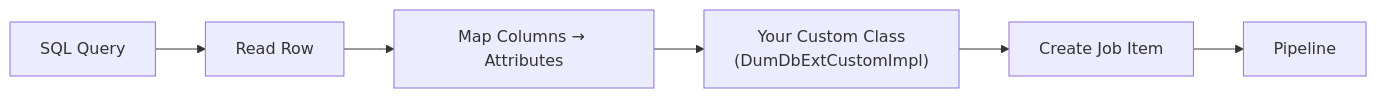
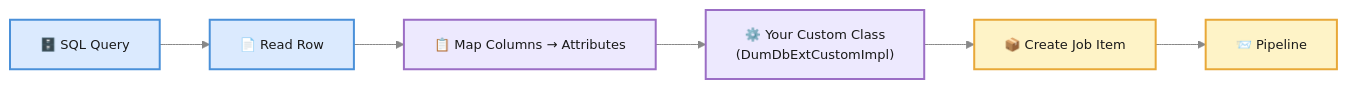
One commit to openviglet/docs changed the diagram in docs-dumont/extending-database.md. Above: the diagram before and after it, drawn with Mermaid. The commit also changed 49 other files, not shown here.

First line of the commit message:
Standardize Mermaid diagrams and conventions

````diff
--- a/docs-dumont/extending-database.md
+++ b/docs-dumont/extending-database.md
@@ -54,8 +54,17 @@
 ```mermaid
+%%{init: {'theme': 'base', 'themeVariables': {'fontSize': '13px', 'primaryColor': '#fff', 'primaryBorderColor': '#c0c0c0', 'lineColor': '#888', 'textColor': '#333'}}}%%
 graph LR
-    SQL["SQL Query"] --> ROW["Read Row"]
-    ROW --> MAP["Map Columns → Attributes"]
-    MAP --> CUSTOM["Your Custom Class\n(DumDbExtCustomImpl)"]
-    CUSTOM --> ITEM["Create Job Item"]
-    ITEM --> PIPE["Pipeline"]
+    SQL["🗄️ SQL Query"] --> ROW["📄 Read Row"]
+    ROW --> MAP["📋 Map Columns → Attributes"]
+    MAP --> CUSTOM["⚙️ Your Custom Class\n(DumDbExtCustomImpl)"]
+    CUSTOM --> ITEM["📦 Create Job Item"]
+    ITEM --> PIPE["📨 Pipeline"]
+
+    classDef blue fill:#dbeafe,stroke:#4A90D9,stroke-width:2px,color:#1a1a1a
+    classDef purple fill:#ede9fe,stroke:#9B6EC5,stroke-width:2px,color:#1a1a1a
+    classDef amber fill:#fef3c7,stroke:#E8A838,stroke-width:2px,color:#1a1a1a
+
+    class SQL,ROW blue
+    class MAP,CUSTOM purple
+    class ITEM,PIPE amber
 ```
````
